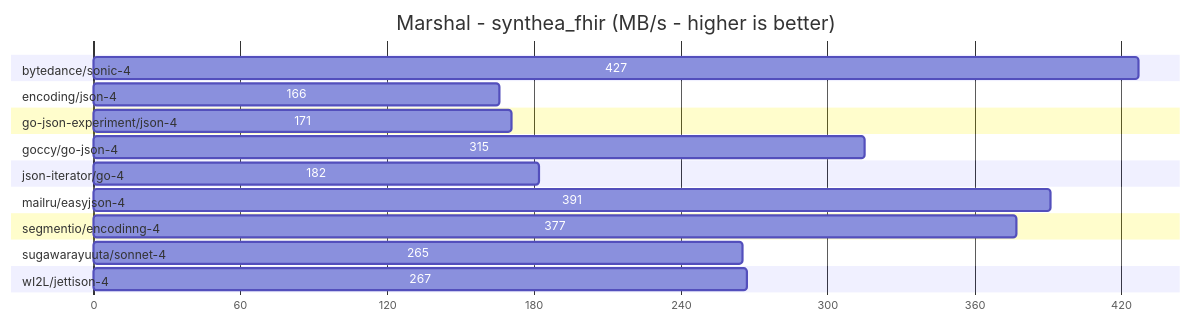
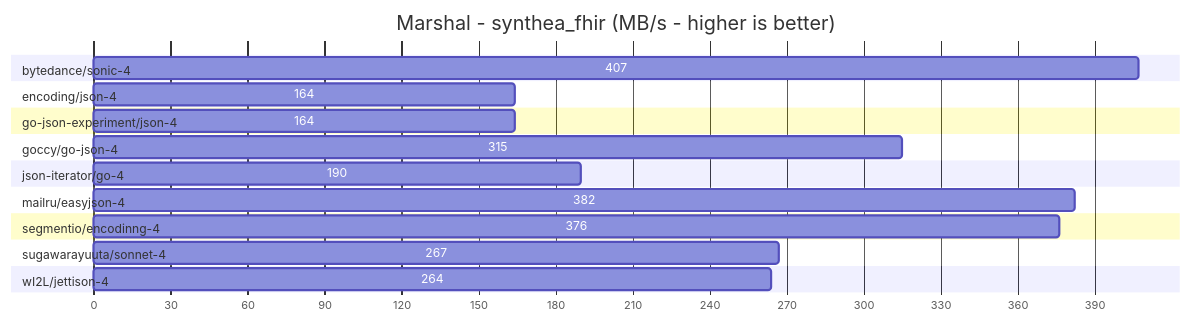
One commit to sugawarayuuta/benchmark changed the fifth of 12 diagrams in README.md. Above: the diagram before and after it, drawn with Mermaid. The commit also changed other lines of this file and 3 other files, not shown here.

````diff
--- a/README.md
+++ b/README.md
@@ -105,25 +105,25 @@
 ```mermaid
 gantt
 title Marshal - synthea_fhir (MB/s - higher is better)
 dateFormat X
 axisFormat %s
 
 section bytedance/sonic-4                    
-427 :0, 427
+407 :0, 407
 section encoding/json-4                      
-166 :0, 166
+164 :0, 164
 section go-json-experiment/json-4            
-171 :0, 171
+164 :0, 164
 section goccy/go-json-4                      
 315 :0, 315
 section json-iterator/go-4                   
-182 :0, 182
+190 :0, 190
 section mailru/easyjson-4                    
-391 :0, 391
+382 :0, 382
 section segmentio/encodinng-4                
-377 :0, 377
+376 :0, 376
 section sugawarayuuta/sonnet-4               
-265 :0, 265
+267 :0, 267
 section wI2L/jettison-4                      
-267 :0, 267
+264 :0, 264
 ```
````
